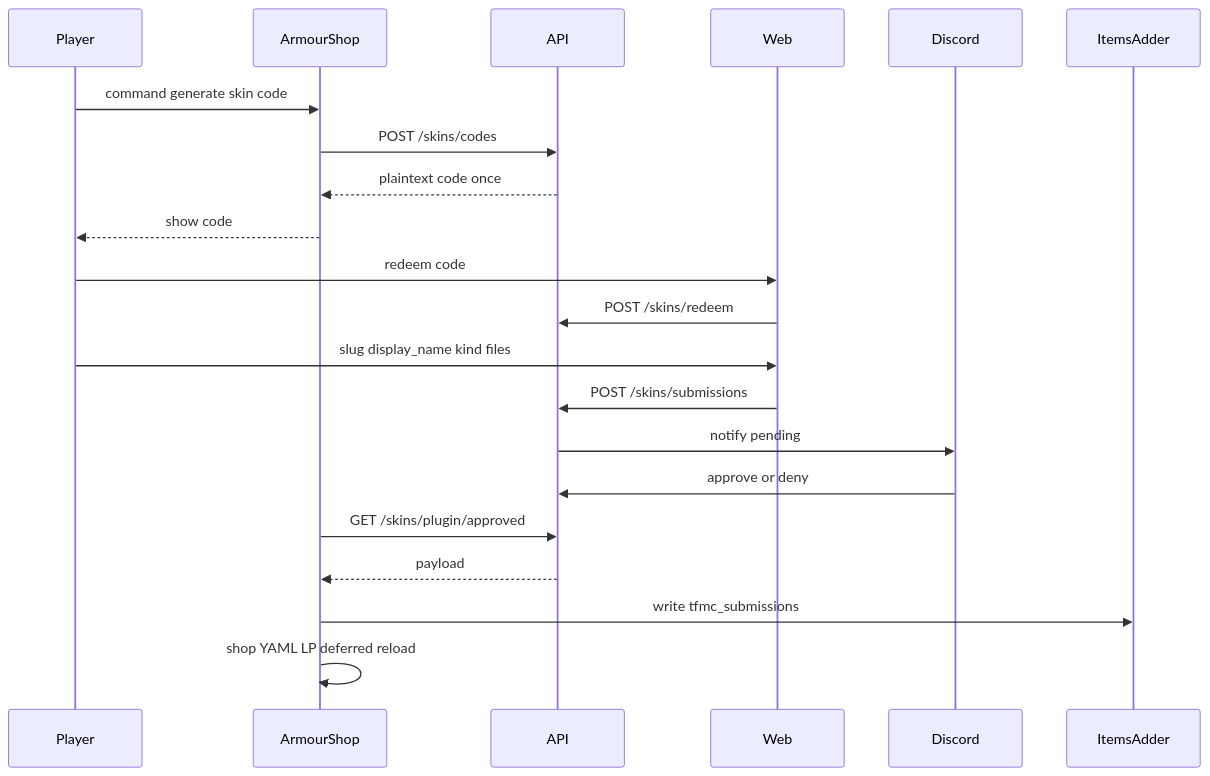
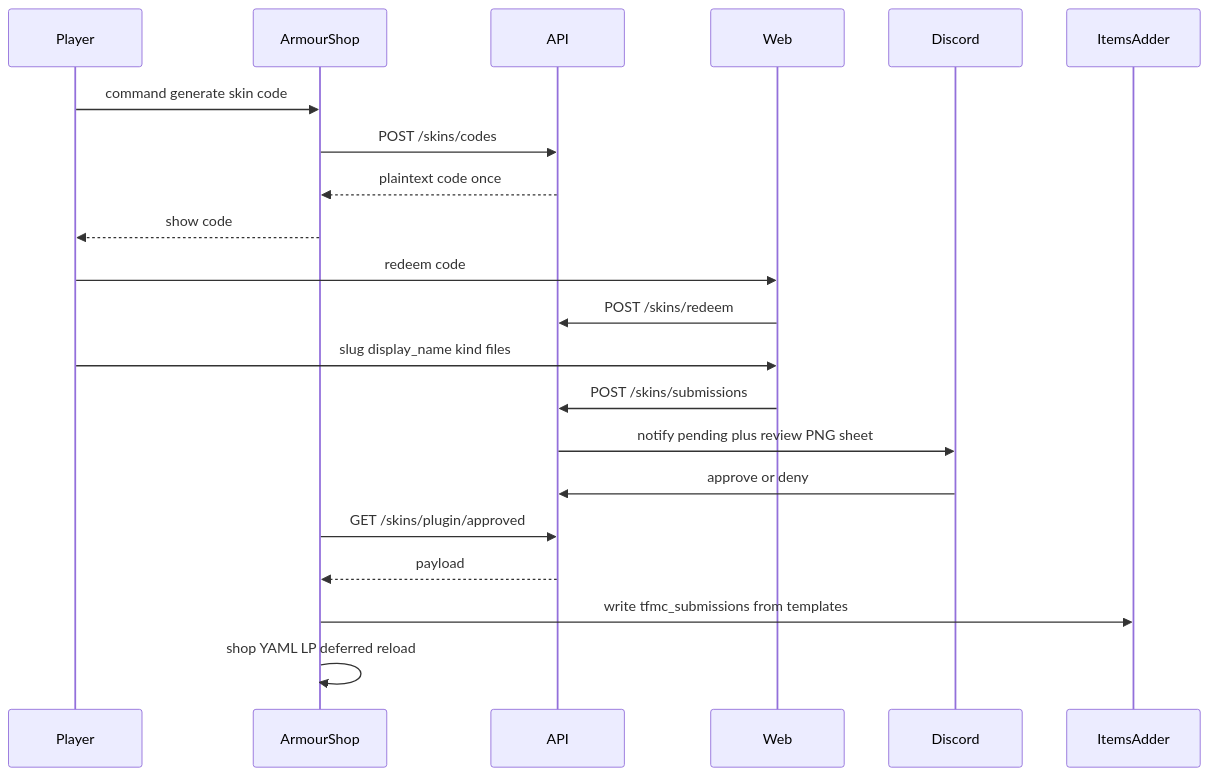
Before and after one commit to Drefvelin/ProvinceSystem: the diagram in Planning/05-skins-system.md, drawn with Mermaid. The commit also changed other lines of this file and 39 other files, not shown here.

````diff
--- a/Planning/05-skins-system.md
+++ b/Planning/05-skins-system.md
@@ -28,24 +43,24 @@
 ```mermaid
 sequenceDiagram
   participant Player
   participant AS as ArmourShop
   participant API
   participant Web
   participant Discord
   participant IA as ItemsAdder
 
   Player->>AS: command generate skin code
   AS->>API: POST /skins/codes
   API-->>AS: plaintext code once
   AS-->>Player: show code
   Player->>Web: redeem code
   Web->>API: POST /skins/redeem
   Player->>Web: slug display_name kind files
   Web->>API: POST /skins/submissions
-  API->>Discord: notify pending
+  API->>Discord: notify pending plus review PNG sheet
   Discord->>API: approve or deny
   AS->>API: GET /skins/plugin/approved
   API-->>AS: payload
-  AS->>IA: write tfmc_submissions
+  AS->>IA: write tfmc_submissions from templates
   AS->>AS: shop YAML LP deferred reload
 ```
````
